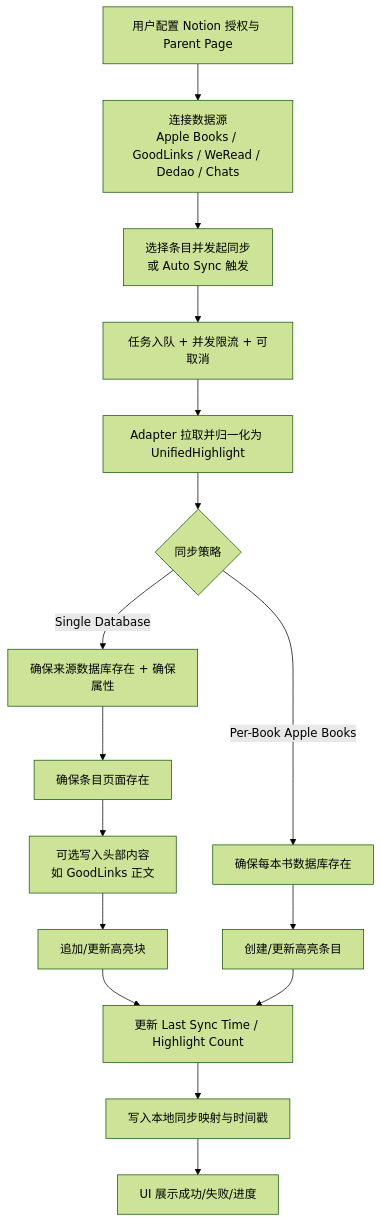
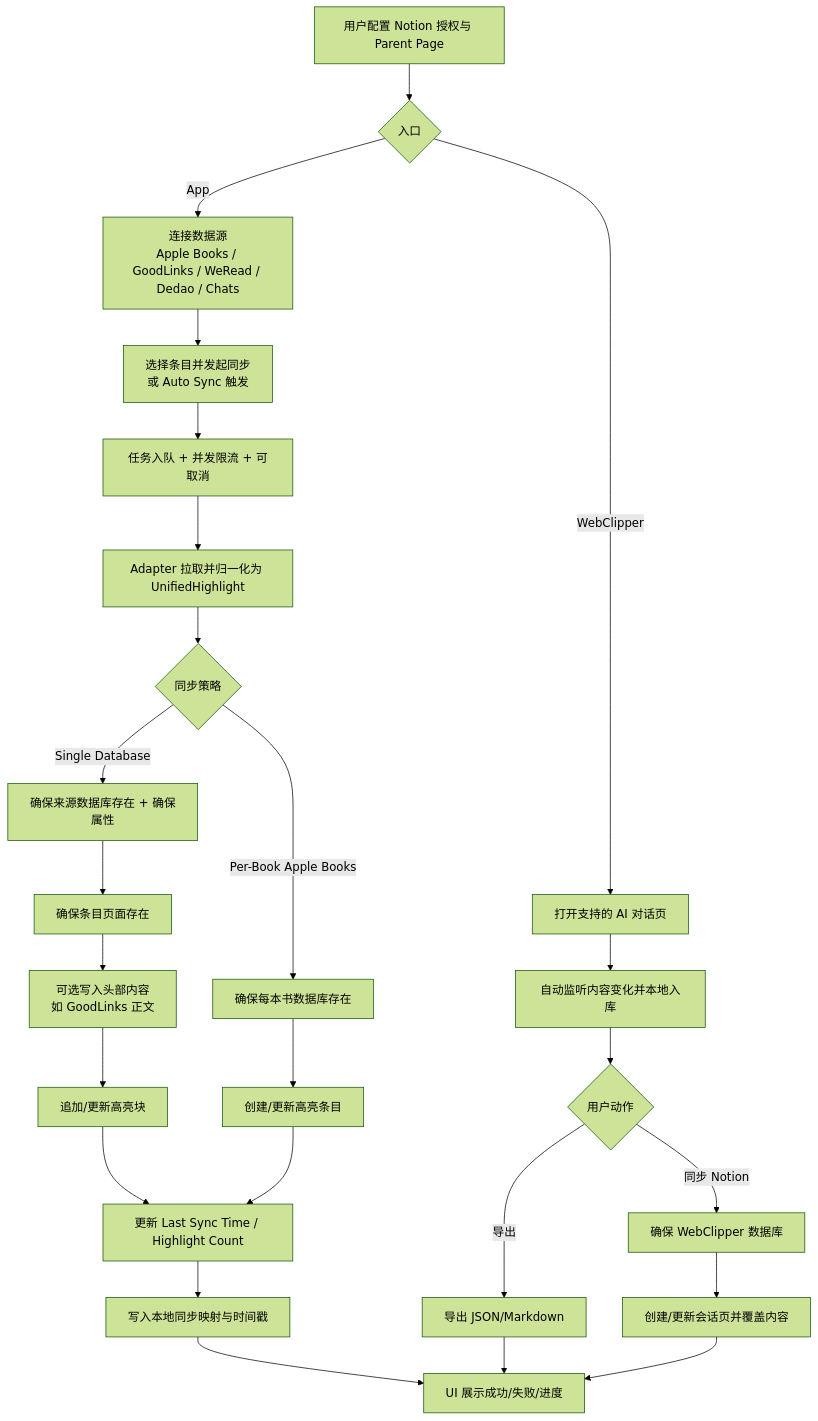
Before and after one commit to chiimagnus/SyncNos: the diagram in .github/docs/business-logic.md, drawn with Mermaid (forest theme). The commit also changed other lines of this file and 1 other file, not shown here.

Commit message:
docs: 更新 WebClipper 代理指南，优化描述和结构

````diff
--- a/.github/docs/business-logic.md
+++ b/.github/docs/business-logic.md
@@ -185,18 +185,29 @@
 ```mermaid
 flowchart TD
-    A["用户配置 Notion 授权与 Parent Page"] --> B["连接数据源<br/>Apple Books / GoodLinks / WeRead / Dedao / Chats"]
-    B --> C["选择条目并发起同步<br/>或 Auto Sync 触发"]
-    C --> D["任务入队 + 并发限流 + 可取消"]
-    D --> E["Adapter 拉取并归一化为 UnifiedHighlight"]
-    E --> F{同步策略}
-    F -->|Single Database| G["确保来源数据库存在 + 确保属性"]
-    G --> H["确保条目页面存在"]
-    H --> I["可选写入头部内容<br/>如 GoodLinks 正文"]
-    I --> J["追加/更新高亮块"]
-    F -->|Per-Book Apple Books| K["确保每本书数据库存在"]
-    K --> L["创建/更新高亮条目"]
-    J --> M["更新 Last Sync Time / Highlight Count"]
-    L --> M
-    M --> N["写入本地同步映射与时间戳"]
-    N --> O["UI 展示成功/失败/进度"]
+    A["用户配置 Notion 授权与 Parent Page"] --> B{入口}
+
+    B -->|App| C["连接数据源<br/>Apple Books / GoodLinks / WeRead / Dedao / Chats"]
+    C --> D["选择条目并发起同步<br/>或 Auto Sync 触发"]
+    D --> E["任务入队 + 并发限流 + 可取消"]
+    E --> F["Adapter 拉取并归一化为 UnifiedHighlight"]
+    F --> G{同步策略}
+    G -->|Single Database| H["确保来源数据库存在 + 确保属性"]
+    H --> I["确保条目页面存在"]
+    I --> J["可选写入头部内容<br/>如 GoodLinks 正文"]
+    J --> K["追加/更新高亮块"]
+    G -->|Per-Book Apple Books| L["确保每本书数据库存在"]
+    L --> M["创建/更新高亮条目"]
+    K --> N["更新 Last Sync Time / Highlight Count"]
+    M --> N
+    N --> O["写入本地同步映射与时间戳"]
+    O --> P["UI 展示成功/失败/进度"]
+
+    B -->|WebClipper| W1["打开支持的 AI 对话页"]
+    W1 --> W2["自动监听内容变化并本地入库"]
+    W2 --> W3{用户动作}
+    W3 -->|导出| W4["导出 JSON/Markdown"]
+    W3 -->|同步 Notion| W5["确保 WebClipper 数据库"]
+    W5 --> W6["创建/更新会话页并覆盖内容"]
+    W4 --> P
+    W6 --> P
 ```
````
